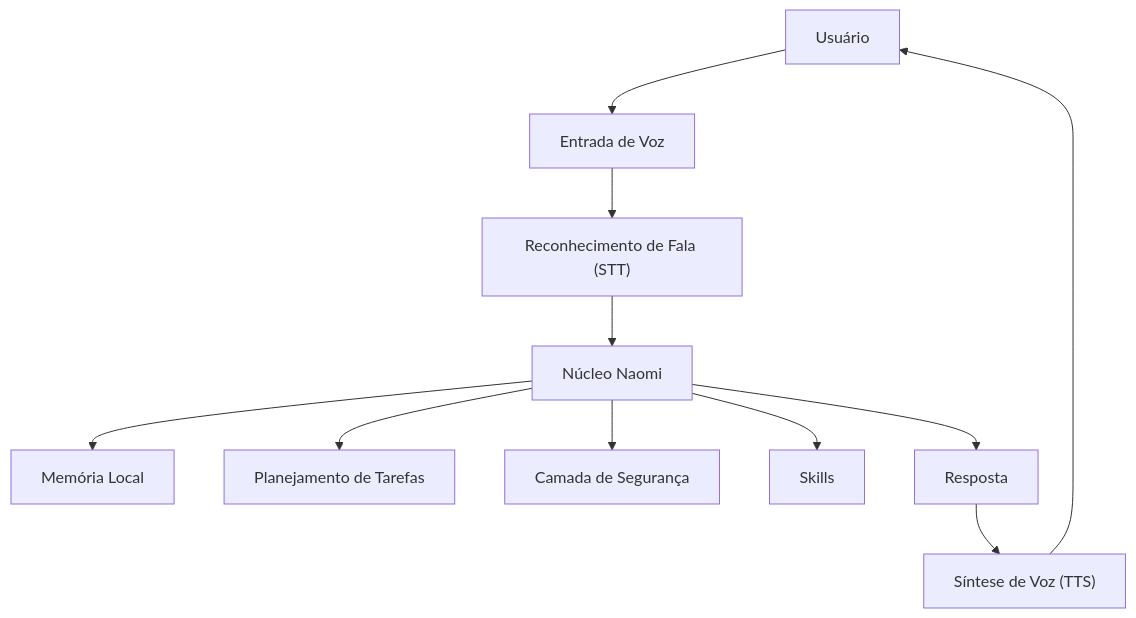
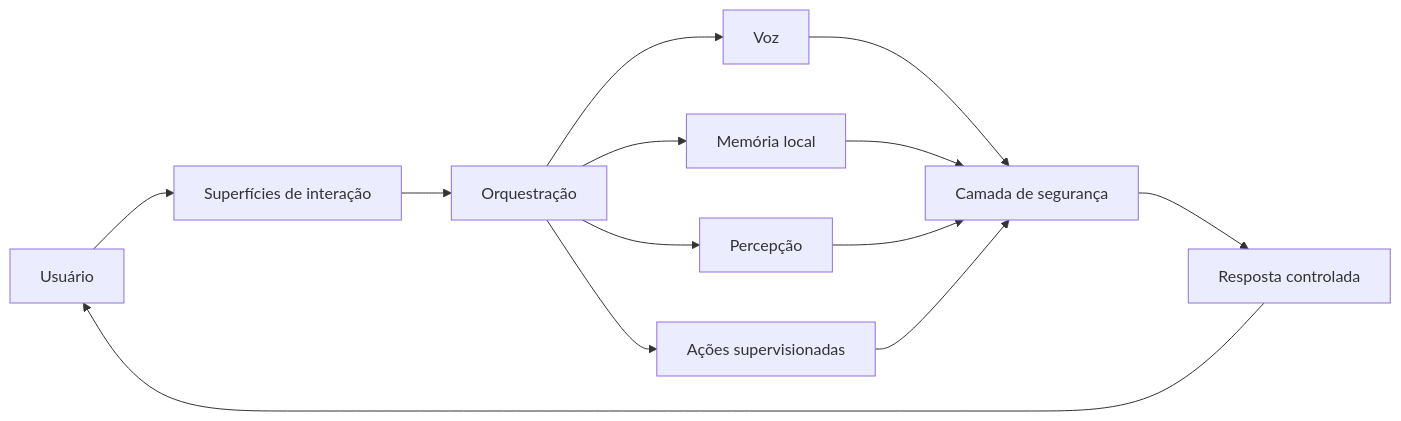
One commit to RyzenFox/naomi-ai-public changed the diagram in README.md. Above: the diagram before and after it, drawn with Mermaid. The commit also changed other lines of this file and 14 other files, not shown here.

````diff
--- a/README.md
+++ b/README.md
@@ -93,13 +33,15 @@
 ```mermaid
-flowchart TD
-    User["Usuário"] --> Audio["Entrada de Voz"]
-    Audio --> STT["Reconhecimento de Fala (STT)"]
-    STT --> Core["Núcleo Naomi"]
-    Core --> Memory["Memória Local"]
-    Core --> Planner["Planejamento de Tarefas"]
-    Core --> Safety["Camada de Segurança"]
-    Core --> Skills["Skills"]
-    Core --> Response["Resposta"]
-    Response --> TTS["Síntese de Voz (TTS)"]
-    TTS --> User
+flowchart LR
+    U["Usuário"] --> I["Superfícies de interação"]
+    I --> O["Orquestração"]
+    O --> V["Voz"]
+    O --> M["Memória local"]
+    O --> P["Percepção"]
+    O --> A["Ações supervisionadas"]
+    V --> S["Camada de segurança"]
+    M --> S
+    P --> S
+    A --> S
+    S --> R["Resposta controlada"]
+    R --> U
 ```
````
